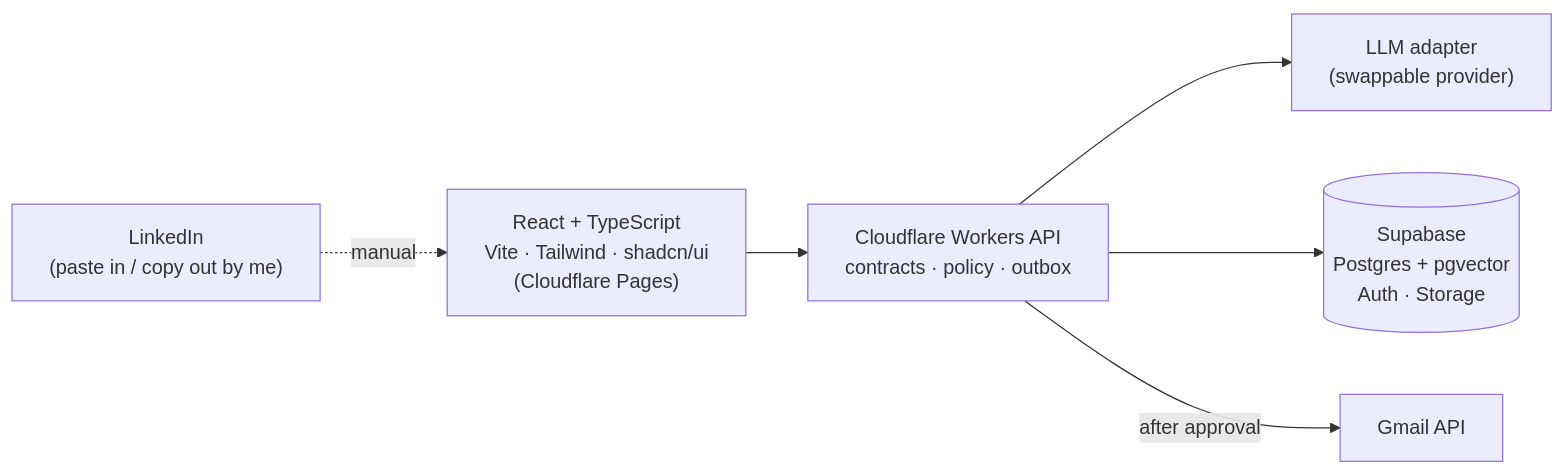
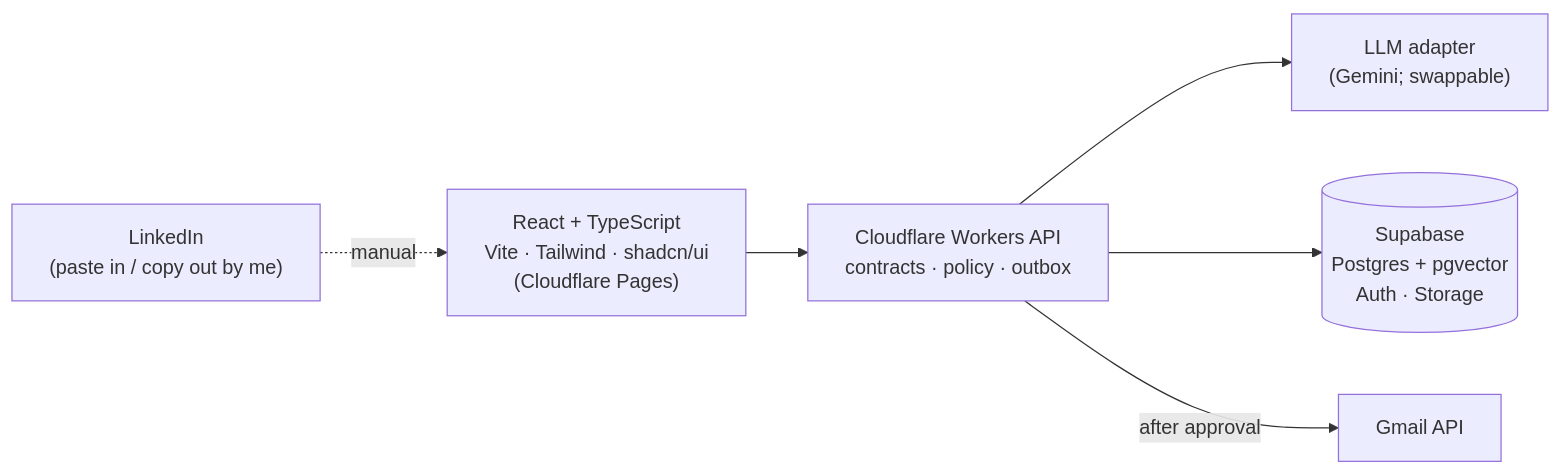
One commit to Pranjal0211/echo changed the diagram in README.md. Above: the diagram before and after it, drawn with Mermaid. The commit also changed other lines of this file, not shown here.

Commit message:
docs(readme): how to turn on real drafts with Gemini

````diff
--- a/README.md
+++ b/README.md
@@ -39,15 +39,15 @@
 ```mermaid
 flowchart LR
     UI["React + TypeScript<br/>Vite · Tailwind · shadcn/ui<br/>(Cloudflare Pages)"]
     API["Cloudflare Workers API<br/>contracts · policy · outbox"]
-    AI["LLM adapter<br/>(swappable provider)"]
+    AI["LLM adapter<br/>(Gemini; swappable)"]
     DB[("Supabase<br/>Postgres + pgvector<br/>Auth · Storage")]
     GMAIL["Gmail API"]
     LI["LinkedIn<br/>(paste in / copy out by me)"]
 
     UI --> API
     API --> AI
     API --> DB
     API -->|after approval| GMAIL
     LI -. manual .-> UI
 ```
````
